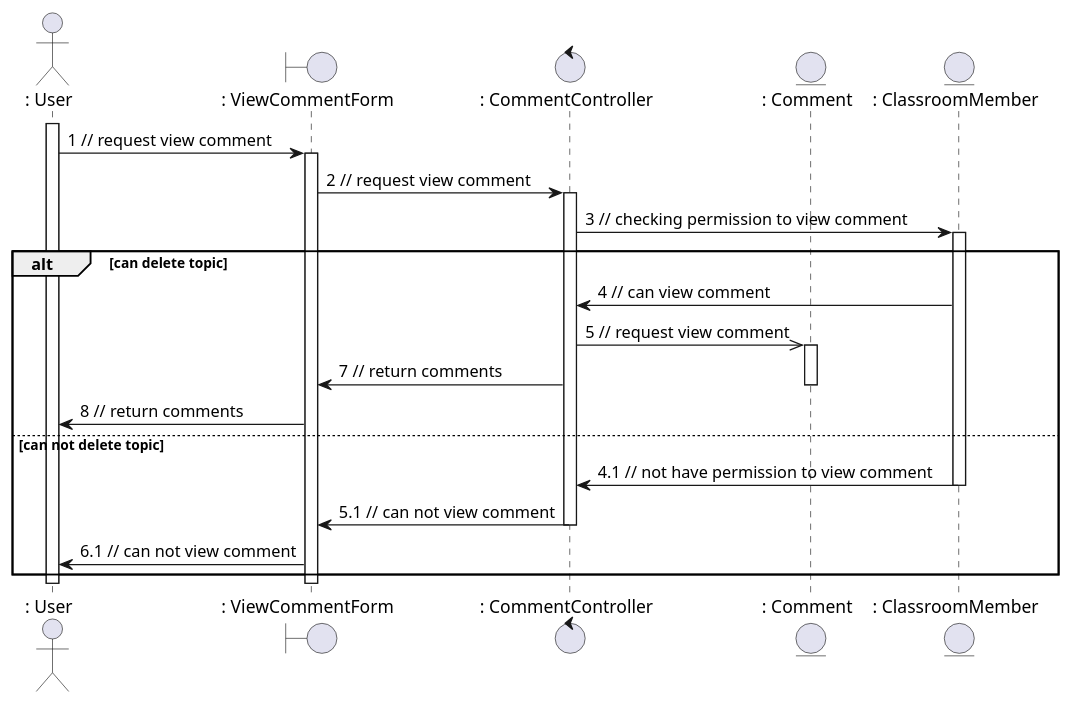
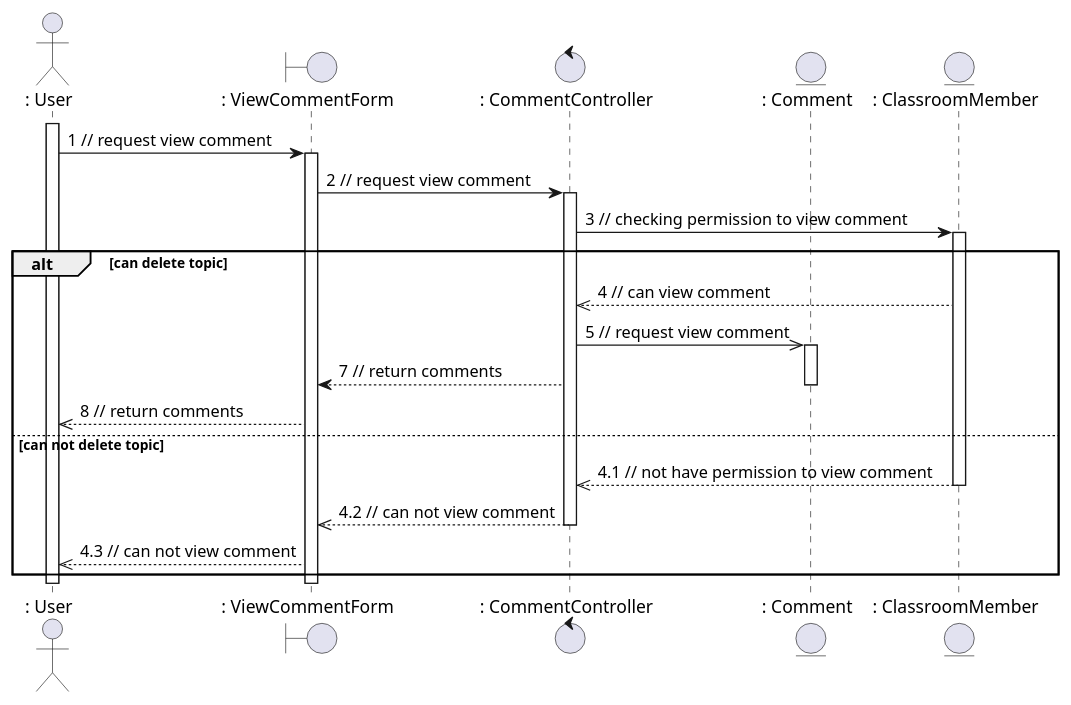
Before and after one commit to anonyhostvn/OOAD-Diagram: the diagram in sequence - analysis/comment/viewComment.plantuml, drawn with PlantUML. The commit also changed 20 other files, not shown here.

Commit message:
fix sequence analaysis numbering

```diff
--- a/sequence - analysis/comment/viewComment.plantuml
+++ b/sequence - analysis/comment/viewComment.plantuml
@@ -1,36 +1,36 @@
 @startuml viewComment
 
 actor ": User"
 boundary ": ViewCommentForm"
 control ": CommentController"
 entity ": Comment"
 entity ": ClassroomMember"
 
 activate ": User"
 
 ": User" -> ": ViewCommentForm": 1 // request view comment 
 activate ": ViewCommentForm"
 ": ViewCommentForm" -> ": CommentController": 2 // request view comment
 activate ": CommentController"
 ": CommentController" -> ": ClassroomMember": 3 // checking permission to view comment
 activate ": ClassroomMember"
 alt can delete topic
-    ": ClassroomMember" -> ": CommentController": 4 // can view comment
+    ": ClassroomMember" -->> ": CommentController": 4 // can view comment
     ": CommentController" ->> ": Comment": 5 // request view comment
     activate ": Comment"
-    ": CommentController" -> ": ViewCommentForm": 7 // return comments
+    ": CommentController" --> ": ViewCommentForm": 7 // return comments
     deactivate ": Comment"
-    ": ViewCommentForm" -> ": User": 8 // return comments
+    ": ViewCommentForm" -->> ": User": 8 // return comments
 else can not delete topic
-    ": ClassroomMember" -> ": CommentController": 4.1 // not have permission to view comment
+    ": ClassroomMember" -->> ": CommentController": 4.1 // not have permission to view comment
     deactivate ": ClassroomMember"
-    ": CommentController" -> ": ViewCommentForm": 5.1 // can not view comment
+    ": CommentController" -->> ": ViewCommentForm": 4.2 // can not view comment
     deactivate ": CommentController"
-    ": ViewCommentForm" -> ": User": 6.1 // can not view comment
+    ": ViewCommentForm" -->> ": User": 4.3 // can not view comment
 end
 
 deactivate ": User"
 deactivate ": ViewCommentForm"
 
 
 @enduml
```
